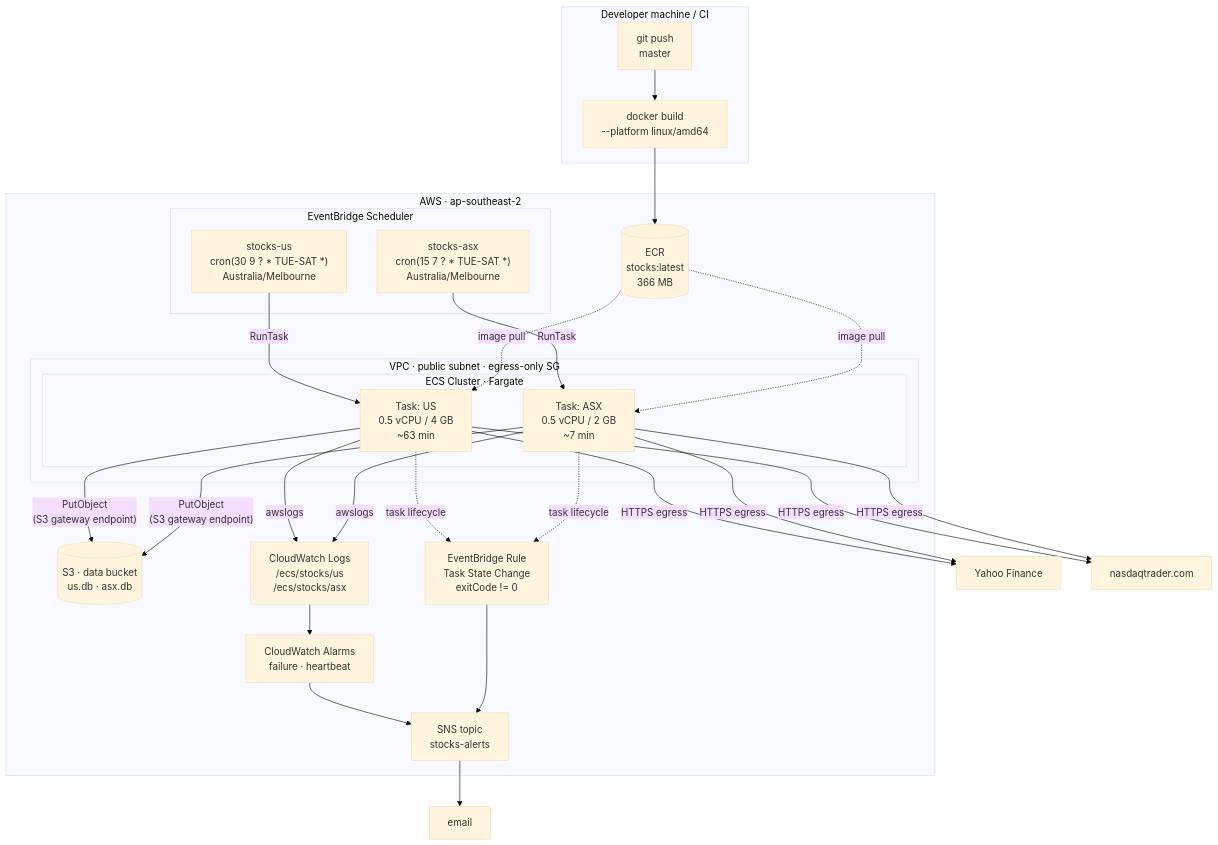
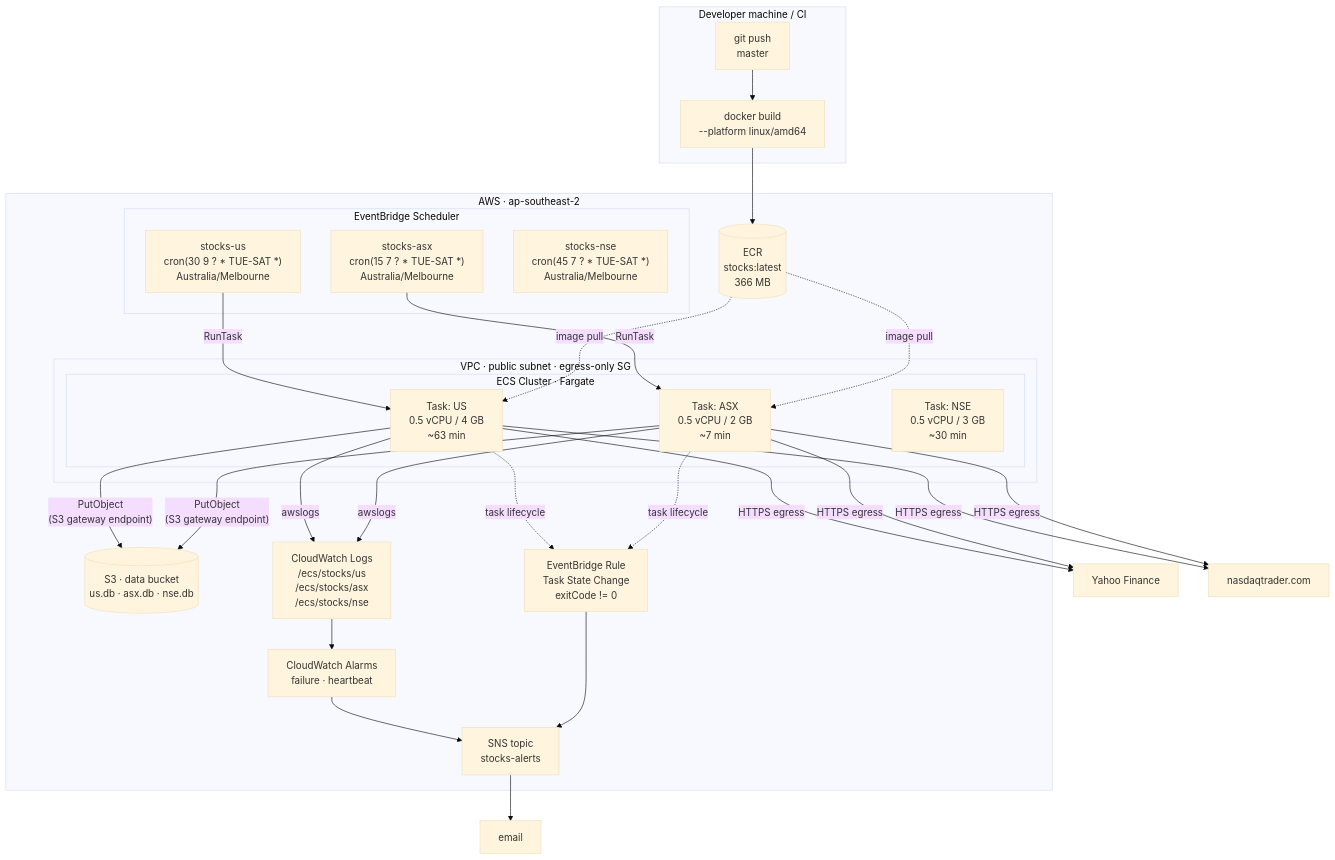
One commit to ryandam9/Stocks changed the first of 5 diagrams in docs/AWS_DEPLOYMENT_SPEC.md. Above: the diagram before and after it, drawn with Mermaid (base theme). The commit also changed other lines of this file and 8 other files, not shown here.

````diff
--- a/docs/AWS_DEPLOYMENT_SPEC.md
+++ b/docs/AWS_DEPLOYMENT_SPEC.md
@@ -203,44 +211,46 @@
 ```mermaid
 flowchart TB
     subgraph Dev["Developer machine / CI"]
         SRC["git push<br/>master"]
         BUILD["docker build<br/>--platform linux/amd64"]
     end
 
     subgraph AWS["AWS · ap-southeast-2"]
         ECR[("ECR<br/>stocks:latest<br/>366 MB")]
 
         subgraph Sched["EventBridge Scheduler"]
             SCH1["stocks-us<br/>cron(30 9 ? * TUE-SAT *)<br/>Australia/Melbourne"]
             SCH2["stocks-asx<br/>cron(15 7 ? * TUE-SAT *)<br/>Australia/Melbourne"]
+            SCH3["stocks-nse<br/>cron(45 7 ? * TUE-SAT *)<br/>Australia/Melbourne"]
         end
 
         subgraph VPC["VPC · public subnet · egress-only SG"]
             subgraph ECS["ECS Cluster · Fargate"]
                 T1["Task: US<br/>0.5 vCPU / 4 GB<br/>~63 min"]
                 T2["Task: ASX<br/>0.5 vCPU / 2 GB<br/>~7 min"]
+                T3["Task: NSE<br/>0.5 vCPU / 3 GB<br/>~30 min"]
             end
         end
 
-        S3[("S3 · data bucket<br/>us.db · asx.db")]
-        CWL["CloudWatch Logs<br/>/ecs/stocks/us<br/>/ecs/stocks/asx"]
+        S3[("S3 · data bucket<br/>us.db · asx.db · nse.db")]
+        CWL["CloudWatch Logs<br/>/ecs/stocks/us<br/>/ecs/stocks/asx<br/>/ecs/stocks/nse"]
         ALARM["CloudWatch Alarms<br/>failure · heartbeat"]
         EVR["EventBridge Rule<br/>Task State Change<br/>exitCode != 0"]
         SNS["SNS topic<br/>stocks-alerts"]
     end
 
     YF["Yahoo Finance"]
     ND["nasdaqtrader.com"]
     MAIL["email"]
 
     SRC --> BUILD --> ECR
     SCH1 -->|RunTask| T1
     SCH2 -->|RunTask| T2
     ECR -.image pull.-> T1 & T2
     T1 & T2 -->|HTTPS egress| YF & ND
     T1 & T2 -->|"PutObject<br/>(S3 gateway endpoint)"| S3
     T1 & T2 -->|awslogs| CWL
     CWL --> ALARM
     T1 & T2 -.task lifecycle.-> EVR
     ALARM & EVR --> SNS --> MAIL
 ```
````
